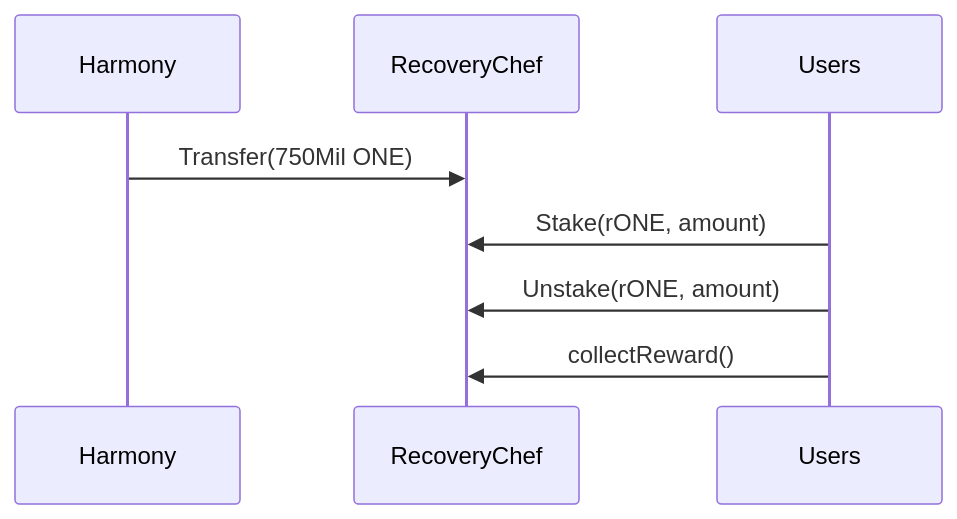
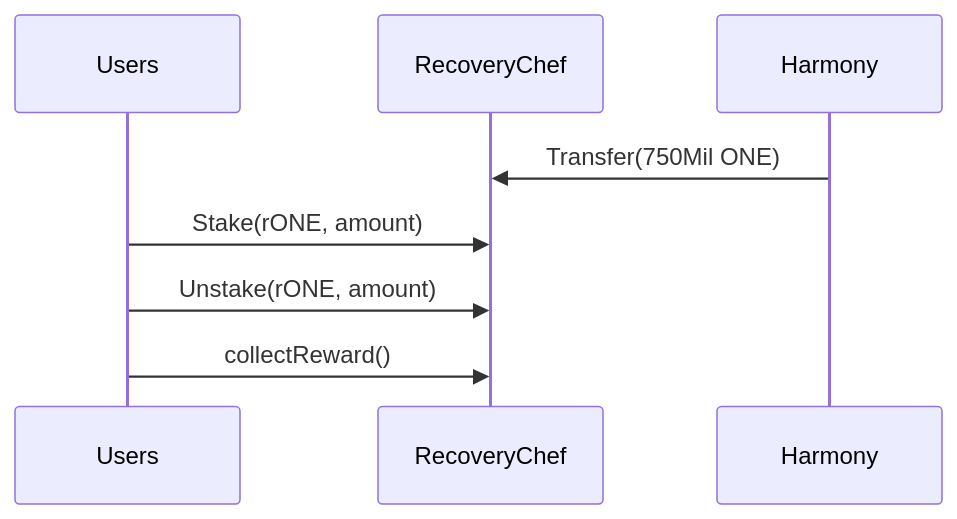
One commit to Recovery-One/governance-contracts changed the second of 3 diagrams in README.md. Above: the diagram before and after it, drawn with Mermaid. The commit also changed other lines of this file, not shown here.

Commit message:
architecture

````diff
--- a/README.md
+++ b/README.md
@@ -32,7 +32,11 @@
 ```mermaid
 sequenceDiagram
+    participant Users
+    participant RecoveryChef
+    participant Harmony
+
     Harmony->>RecoveryChef: Transfer(750Mil ONE)
     Users->>RecoveryChef: Stake(rONE, amount)
     Users->>RecoveryChef: Unstake(rONE, amount)
     Users->>RecoveryChef: collectReward()
 ```
````
